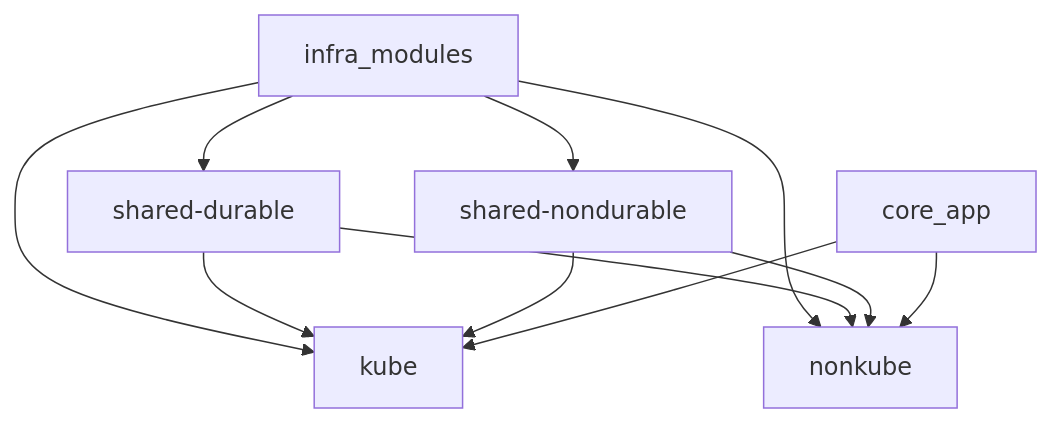
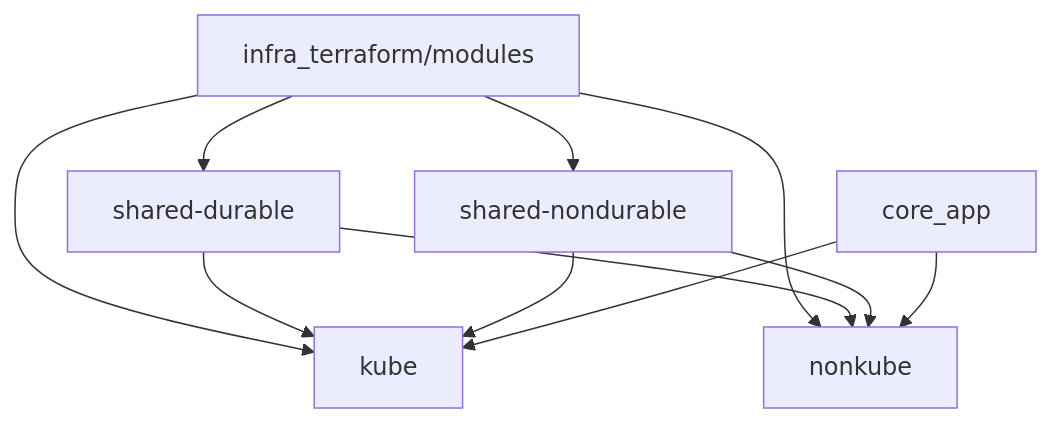
The first of 2 diagrams in docs/FINAL_REFACTOR_PLAN.md (horselord-joe-8053/ultra-fru-genai-analytics-new), drawn with Mermaid before and after one commit. The commit also changed other lines of this file and 116 other files, not shown here.

````diff
--- a/docs/FINAL_REFACTOR_PLAN.md
+++ b/docs/FINAL_REFACTOR_PLAN.md
@@ -76,22 +76,22 @@
 ```mermaid
 flowchart TB
   Core[core_app]
-  Modules[infra_modules]
+  Modules[infra_terraform/modules]
   SD[shared-durable]
   SND[shared-nondurable]
   K[kube]
   NK[nonkube]
 
   Modules --> SD
   Modules --> SND
   Modules --> K
   Modules --> NK
 
   SD --> K
   SD --> NK
   SND --> K
   SND --> NK
 
   Core --> K
   Core --> NK
 ```
````
